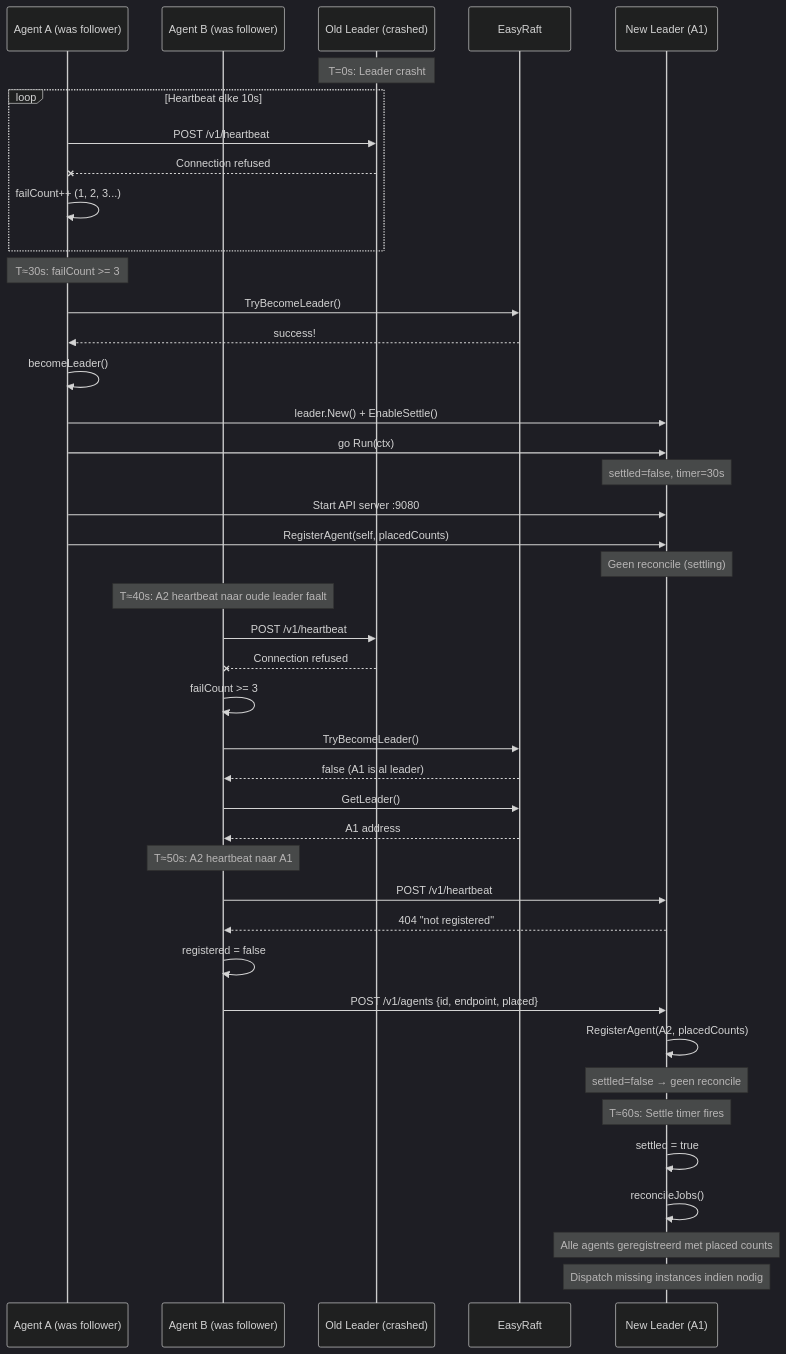
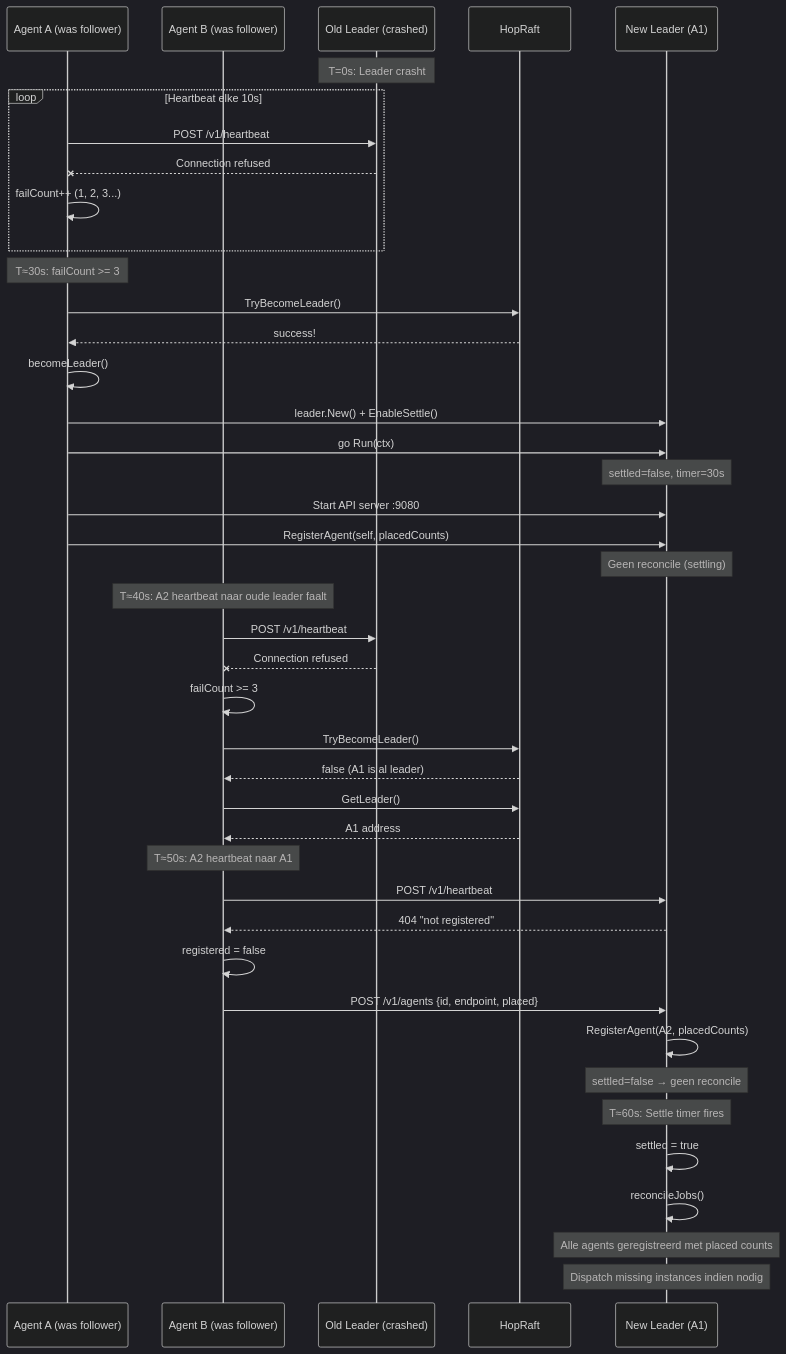
One commit to xinix00/easyrun changed diagram 12 of 14 in SEQUENCES.md. Above: the diagram before and after it, drawn with Mermaid (dark theme). The commit also changed other lines of this file and 85 other files, not shown here.

````diff
--- a/SEQUENCES.md
+++ b/SEQUENCES.md
@@ -555,54 +555,54 @@
 ```mermaid
 sequenceDiagram
     participant A1 as Agent A (was follower)
     participant A2 as Agent B (was follower)
     participant OLD as Old Leader (crashed)
-    participant RAFT as EasyRaft
+    participant RAFT as HopRaft
     participant NL as New Leader (A1)
 
     Note over OLD: T=0s: Leader crasht
 
     loop Heartbeat elke 10s
         A1->>OLD: POST /v1/heartbeat
         OLD--xA1: Connection refused
         A1->>A1: failCount++ (1, 2, 3...)
     end
 
     Note over A1: T≈30s: failCount >= 3
 
     A1->>RAFT: TryBecomeLeader()
     RAFT-->>A1: success!
     A1->>A1: becomeLeader()
 
     A1->>NL: leader.New() + EnableSettle()
     A1->>NL: go Run(ctx)
     Note over NL: settled=false, timer=30s
     A1->>NL: Start API server :9080
     A1->>NL: RegisterAgent(self, placedCounts)
     Note over NL: Geen reconcile (settling)
 
     Note over A2: T≈40s: A2 heartbeat naar oude leader faalt
 
     A2->>OLD: POST /v1/heartbeat
     OLD--xA2: Connection refused
     A2->>A2: failCount >= 3
     A2->>RAFT: TryBecomeLeader()
     RAFT-->>A2: false (A1 is al leader)
     A2->>RAFT: GetLeader()
     RAFT-->>A2: A1 address
 
     Note over A2: T≈50s: A2 heartbeat naar A1
     A2->>NL: POST /v1/heartbeat
     NL-->>A2: 404 "not registered"
     A2->>A2: registered = false
 
     A2->>NL: POST /v1/agents {id, endpoint, placed}
     NL->>NL: RegisterAgent(A2, placedCounts)
     Note over NL: settled=false → geen reconcile
 
     Note over NL: T≈60s: Settle timer fires
     NL->>NL: settled = true
     NL->>NL: reconcileJobs()
     Note over NL: Alle agents geregistreerd met placed counts
     Note over NL: Dispatch missing instances indien nodig
 ```
````
